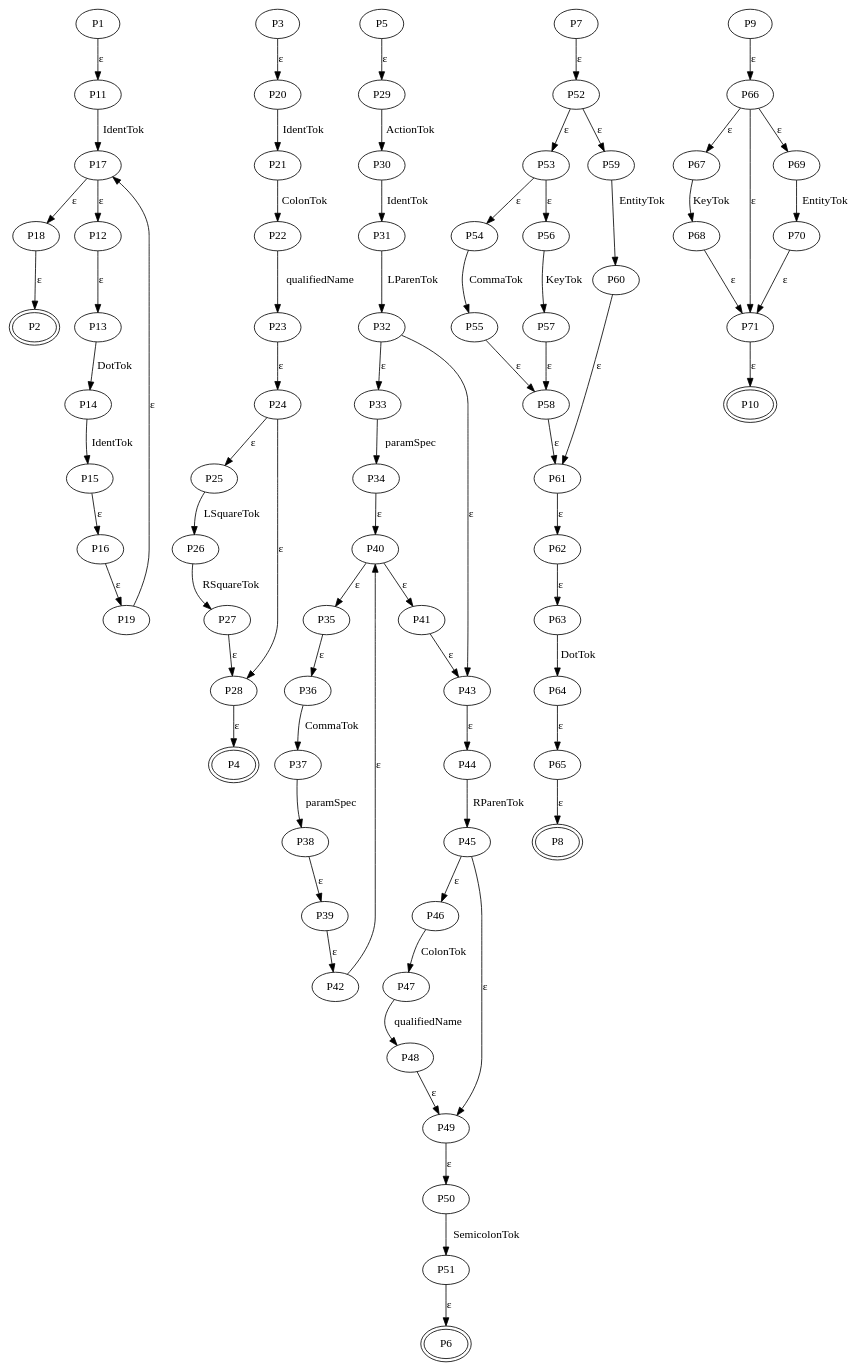
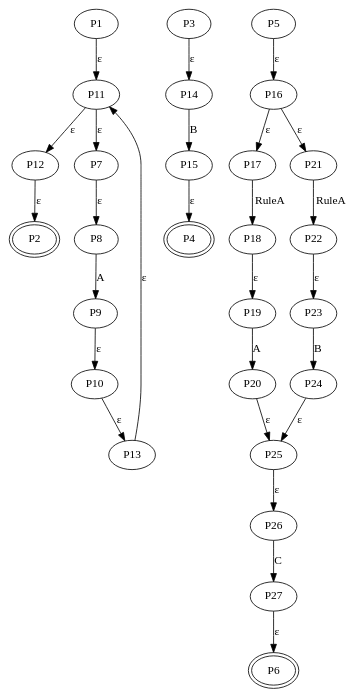
Before and after one commit to Chevrotain/chevrotain: the diagram in packages/chevrotain/atn.dot, drawn with Graphviz. The commit also changed 6 other files, not shown here.

```diff
--- a/packages/chevrotain/atn.dot
+++ b/packages/chevrotain/atn.dot
@@ -1,148 +1,55 @@
 digraph G {
 node_0_P1[label="P1"]
 node_0_P11[label="P11"]
-node_0_P17[label="P17"]
-node_0_P18[label="P18"]
+node_0_P12[label="P12"]
 node_0_P2[label="P2" peripheries=2]
-node_0_P12[label="P12"]
+node_0_P7[label="P7"]
+node_0_P8[label="P8"]
+node_0_P9[label="P9"]
+node_0_P10[label="P10"]
 node_0_P13[label="P13"]
-node_0_P14[label="P14"]
-node_0_P15[label="P15"]
-node_0_P16[label="P16"]
-node_0_P19[label="P19"]
 node_0_P1 -> node_0_P11 [label="ε"]
-node_0_P11 -> node_0_P17 [label="IdentTok"]
-node_0_P17 -> node_0_P18 [label="ε"]
-node_0_P17 -> node_0_P12 [label="ε"]
-node_0_P18 -> node_0_P2 [label="ε"]
-node_0_P12 -> node_0_P13 [label="ε"]
-node_0_P13 -> node_0_P14 [label="DotTok"]
-node_0_P14 -> node_0_P15 [label="IdentTok"]
-node_0_P15 -> node_0_P16 [label="ε"]
-node_0_P16 -> node_0_P19 [label="ε"]
-node_0_P19 -> node_0_P17 [label="ε"]
+node_0_P11 -> node_0_P12 [label="ε"]
+node_0_P11 -> node_0_P7 [label="ε"]
+node_0_P12 -> node_0_P2 [label="ε"]
+node_0_P7 -> node_0_P8 [label="ε"]
+node_0_P8 -> node_0_P9 [label="A"]
+node_0_P9 -> node_0_P10 [label="ε"]
+node_0_P10 -> node_0_P13 [label="ε"]
+node_0_P13 -> node_0_P11 [label="ε"]
 node_1_P3[label="P3"]
-node_1_P20[label="P20"]
-node_1_P21[label="P21"]
-node_1_P22[label="P22"]
-node_1_P23[label="P23"]
-node_1_P24[label="P24"]
-node_1_P25[label="P25"]
-node_1_P26[label="P26"]
-node_1_P27[label="P27"]
-node_1_P28[label="P28"]
+node_1_P14[label="P14"]
+node_1_P15[label="P15"]
 node_1_P4[label="P4" peripheries=2]
-node_1_P3 -> node_1_P20 [label="ε"]
-node_1_P20 -> node_1_P21 [label="IdentTok"]
-node_1_P21 -> node_1_P22 [label="ColonTok"]
-node_1_P22 -> node_1_P23 [label="qualifiedName"]
-node_1_P23 -> node_1_P24 [label="ε"]
-node_1_P24 -> node_1_P25 [label="ε"]
-node_1_P24 -> node_1_P28 [label="ε"]
-node_1_P25 -> node_1_P26 [label="LSquareTok"]
-node_1_P26 -> node_1_P27 [label="RSquareTok"]
-node_1_P27 -> node_1_P28 [label="ε"]
-node_1_P28 -> node_1_P4 [label="ε"]
+node_1_P3 -> node_1_P14 [label="ε"]
+node_1_P14 -> node_1_P15 [label="B"]
+node_1_P15 -> node_1_P4 [label="ε"]
 node_2_P5[label="P5"]
-node_2_P29[label="P29"]
-node_2_P30[label="P30"]
-node_2_P31[label="P31"]
-node_2_P32[label="P32"]
-node_2_P33[label="P33"]
-node_2_P34[label="P34"]
-node_2_P40[label="P40"]
-node_2_P41[label="P41"]
-node_2_P43[label="P43"]
-node_2_P44[label="P44"]
-node_2_P45[label="P45"]
-node_2_P46[label="P46"]
-node_2_P47[label="P47"]
-node_2_P48[label="P48"]
-node_2_P49[label="P49"]
-node_2_P50[label="P50"]
-node_2_P51[label="P51"]
+node_2_P16[label="P16"]
+node_2_P17[label="P17"]
+node_2_P18[label="P18"]
+node_2_P19[label="P19"]
+node_2_P20[label="P20"]
+node_2_P25[label="P25"]
+node_2_P26[label="P26"]
+node_2_P27[label="P27"]
 node_2_P6[label="P6" peripheries=2]
-node_2_P35[label="P35"]
-node_2_P36[label="P36"]
-node_2_P37[label="P37"]
-node_2_P38[label="P38"]
-node_2_P39[label="P39"]
-node_2_P42[label="P42"]
-node_2_P5 -> node_2_P29 [label="ε"]
-node_2_P29 -> node_2_P30 [label="ActionTok"]
-node_2_P30 -> node_2_P31 [label="IdentTok"]
-node_2_P31 -> node_2_P32 [label="LParenTok"]
-node_2_P32 -> node_2_P33 [label="ε"]
-node_2_P32 -> node_2_P43 [label="ε"]
-node_2_P33 -> node_2_P34 [label="paramSpec"]
-node_2_P34 -> node_2_P40 [label="ε"]
-node_2_P40 -> node_2_P41 [label="ε"]
-node_2_P40 -> node_2_P35 [label="ε"]
-node_2_P41 -> node_2_P43 [label="ε"]
-node_2_P43 -> node_2_P44 [label="ε"]
-node_2_P44 -> node_2_P45 [label="RParenTok"]
-node_2_P45 -> node_2_P46 [label="ε"]
-node_2_P45 -> node_2_P49 [label="ε"]
-node_2_P46 -> node_2_P47 [label="ColonTok"]
-node_2_P47 -> node_2_P48 [label="qualifiedName"]
-node_2_P48 -> node_2_P49 [label="ε"]
-node_2_P49 -> node_2_P50 [label="ε"]
-node_2_P50 -> node_2_P51 [label="SemicolonTok"]
-node_2_P51 -> node_2_P6 [label="ε"]
-node_2_P35 -> node_2_P36 [label="ε"]
-node_2_P36 -> node_2_P37 [label="CommaTok"]
-node_2_P37 -> node_2_P38 [label="paramSpec"]
-node_2_P38 -> node_2_P39 [label="ε"]
-node_2_P39 -> node_2_P42 [label="ε"]
-node_2_P42 -> node_2_P40 [label="ε"]
-node_3_P7[label="P7"]
-node_3_P52[label="P52"]
-node_3_P53[label="P53"]
-node_3_P54[label="P54"]
-node_3_P55[label="P55"]
-node_3_P58[label="P58"]
-node_3_P61[label="P61"]
-node_3_P62[label="P62"]
-node_3_P63[label="P63"]
-node_3_P64[label="P64"]
-node_3_P65[label="P65"]
-node_3_P8[label="P8" peripheries=2]
-node_3_P56[label="P56"]
-node_3_P57[label="P57"]
-node_3_P59[label="P59"]
-node_3_P60[label="P60"]
-node_3_P7 -> node_3_P52 [label="ε"]
-node_3_P52 -> node_3_P53 [label="ε"]
-node_3_P52 -> node_3_P59 [label="ε"]
-node_3_P53 -> node_3_P54 [label="ε"]
-node_3_P53 -> node_3_P56 [label="ε"]
-node_3_P54 -> node_3_P55 [label="CommaTok"]
-node_3_P55 -> node_3_P58 [label="ε"]
-node_3_P58 -> node_3_P61 [label="ε"]
-node_3_P61 -> node_3_P62 [label="ε"]
-node_3_P62 -> node_3_P63 [label="ε"]
-node_3_P63 -> node_3_P64 [label="DotTok"]
-node_3_P64 -> node_3_P65 [label="ε"]
-node_3_P65 -> node_3_P8 [label="ε"]
-node_3_P56 -> node_3_P57 [label="KeyTok"]
-node_3_P57 -> node_3_P58 [label="ε"]
-node_3_P59 -> node_3_P60 [label="EntityTok"]
-node_3_P60 -> node_3_P61 [label="ε"]
-node_4_P9[label="P9"]
-node_4_P66[label="P66"]
-node_4_P67[label="P67"]
-node_4_P68[label="P68"]
-node_4_P71[label="P71"]
-node_4_P10[label="P10" peripheries=2]
-node_4_P69[label="P69"]
-node_4_P70[label="P70"]
-node_4_P9 -> node_4_P66 [label="ε"]
-node_4_P66 -> node_4_P67 [label="ε"]
-node_4_P66 -> node_4_P69 [label="ε"]
-node_4_P66 -> node_4_P71 [label="ε"]
-node_4_P67 -> node_4_P68 [label="KeyTok"]
-node_4_P68 -> node_4_P71 [label="ε"]
-node_4_P71 -> node_4_P10 [label="ε"]
-node_4_P69 -> node_4_P70 [label="EntityTok"]
-node_4_P70 -> node_4_P71 [label="ε"]
+node_2_P21[label="P21"]
+node_2_P22[label="P22"]
+node_2_P23[label="P23"]
+node_2_P24[label="P24"]
+node_2_P5 -> node_2_P16 [label="ε"]
+node_2_P16 -> node_2_P17 [label="ε"]
+node_2_P16 -> node_2_P21 [label="ε"]
+node_2_P17 -> node_2_P18 [label="RuleA"]
+node_2_P18 -> node_2_P19 [label="ε"]
+node_2_P19 -> node_2_P20 [label="A"]
+node_2_P20 -> node_2_P25 [label="ε"]
+node_2_P25 -> node_2_P26 [label="ε"]
+node_2_P26 -> node_2_P27 [label="C"]
+node_2_P27 -> node_2_P6 [label="ε"]
+node_2_P21 -> node_2_P22 [label="RuleA"]
+node_2_P22 -> node_2_P23 [label="ε"]
+node_2_P23 -> node_2_P24 [label="B"]
+node_2_P24 -> node_2_P25 [label="ε"]
 }
```
